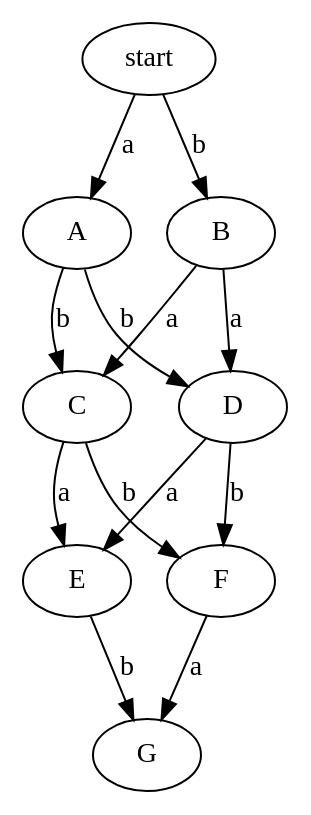
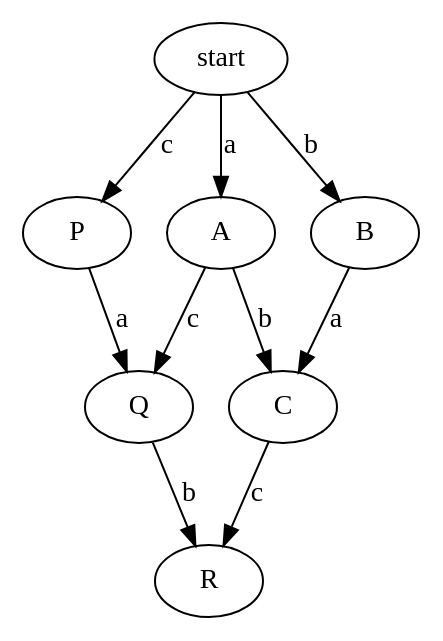
The diagram in examples/BTI CPI SP WF/BTI CPI SP WF.dot (WilliamArnone/Tallulah), drawn with Graphviz before and after one commit. The commit also changed 40 other files, not shown here.

```diff
--- a/examples/BTI CPI SP WF/BTI CPI SP WF.dot
+++ b/examples/BTI CPI SP WF/BTI CPI SP WF.dot
@@ -1,56 +1,34 @@
-digraph g {
+digraph G {
+    start -> P [label="c"]
     start -> A [label="a"]
     start -> B [label="b"]
-    A -> {C D} [label="b"]
-    B -> {C D} [label="a"]
-    {C D} -> E [label="a"]
-    {C D} -> F [label="b"]
-    E -> G [label="b"]
-    F -> G [label="a"]
+
+    P -> Q [label="a"]
+    A -> Q [label="c"]
+    A -> C [label="b"]
+    B -> C [label="a"]
+
+    Q -> R [label="b"]
+    C -> R [label="c"]
 }
+
 /*
-//BTI
-< G-b->E / < G-a->F
-< E-a->C / < E-a->D
-< F-b->C / < F-b->D
-< C-b->A / < C-a->B
-< D-b->A / < D-a->B
 
-//CPI
-> start -a-> A / > start -b-> B
+> start -c-> P / > start -a-> A
+> start -b-> B / > start -a-> A
 
+< P -c-> start / > P -a-> Q
+< A -a-> start / > A -c-> Q
+
+< B -b-> start / > B -a-> C
 < A -a-> start / > A -b-> C
-< B -b-> start / > B -a-> C
 
-< A -a-> start / > A -b-> D
-< B -b-> start / > B -a-> D
+< Q -a-> P / < Q -c-> A
+< C -b-> A / < C -a-> B
 
-> A -b-> C / > A -b-> D
-> B -a-> C / > B -a-> D
+> A -c-> Q / > A -b-> C
+< Q -c-> A / > Q -b-> R
+< C -b-> A / > C -c-> R
+< R -b-> Q / < R -c-> C
 
-< C -b-> A / > C -a-> E
-< C -b-> A / > C -b-> F
-< C -a-> B / > C -a-> E
-< C -a-> B / > C -b-> F
-
-< D -b-> A / > D -a-> E
-< D -b-> A / > D -b-> F
-< D -a-> B / > D -a-> E
-< D -a-> B / > D -b-> F
-
-> C -a-> E / > C -b-> F
-< E -a-> C / > E -b-> G
-< F -b-> C / > F -a-> G
-
-> D -a-> E / > D -b-> F
-< E -a-> D / > E -b-> G
-< F -b-> D / > F -a-> G
-
-
-//First a-transition independent with all b-transitions
-> start -a-> A / > A -b-> C
-> start -a-> A / > A -b-> D
-> start -a-> A / > C -b-> F
-> start -a-> A / > D -b-> F
-> start -a-> A / > E -b-> G
 */
```
